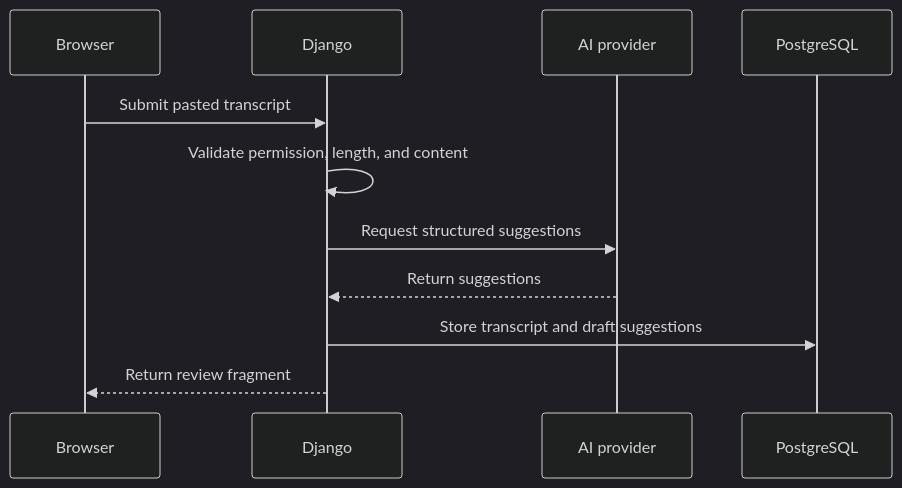
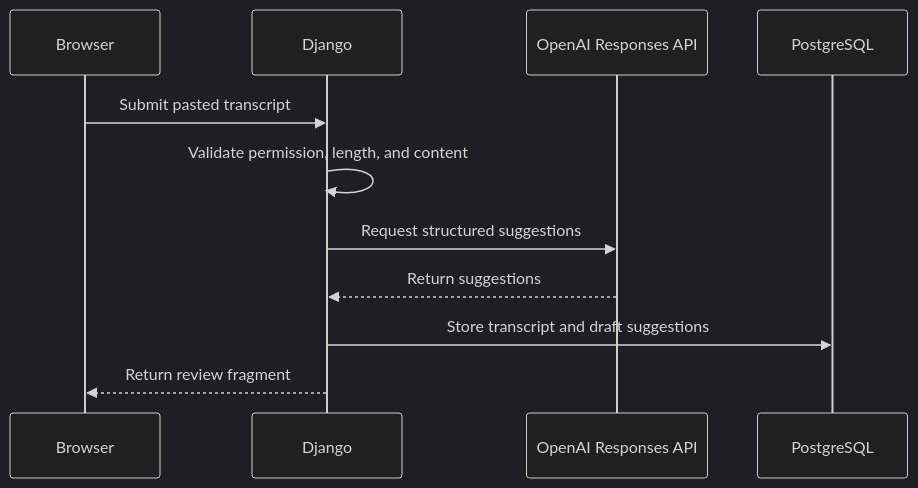
One commit to SaraSun01/retro-signal changed the third of 4 diagrams in _docs/architecture.md. Above: the diagram before and after it, drawn with Mermaid (dark theme). The commit also changed other lines of this file, not shown here.

Commit message:
Use OpenAI for AI integration

````diff
--- a/_docs/architecture.md
+++ b/_docs/architecture.md
@@ -437,14 +437,14 @@
 ```mermaid
 sequenceDiagram
     participant Browser
     participant Django
-    participant Provider as AI provider
+    participant Provider as OpenAI Responses API
     participant DB as PostgreSQL
 
     Browser->>Django: Submit pasted transcript
     Django->>Django: Validate permission, length, and content
     Django->>Provider: Request structured suggestions
     Provider-->>Django: Return suggestions
     Django->>DB: Store transcript and draft suggestions
     Django-->>Browser: Return review fragment
 ```
````
